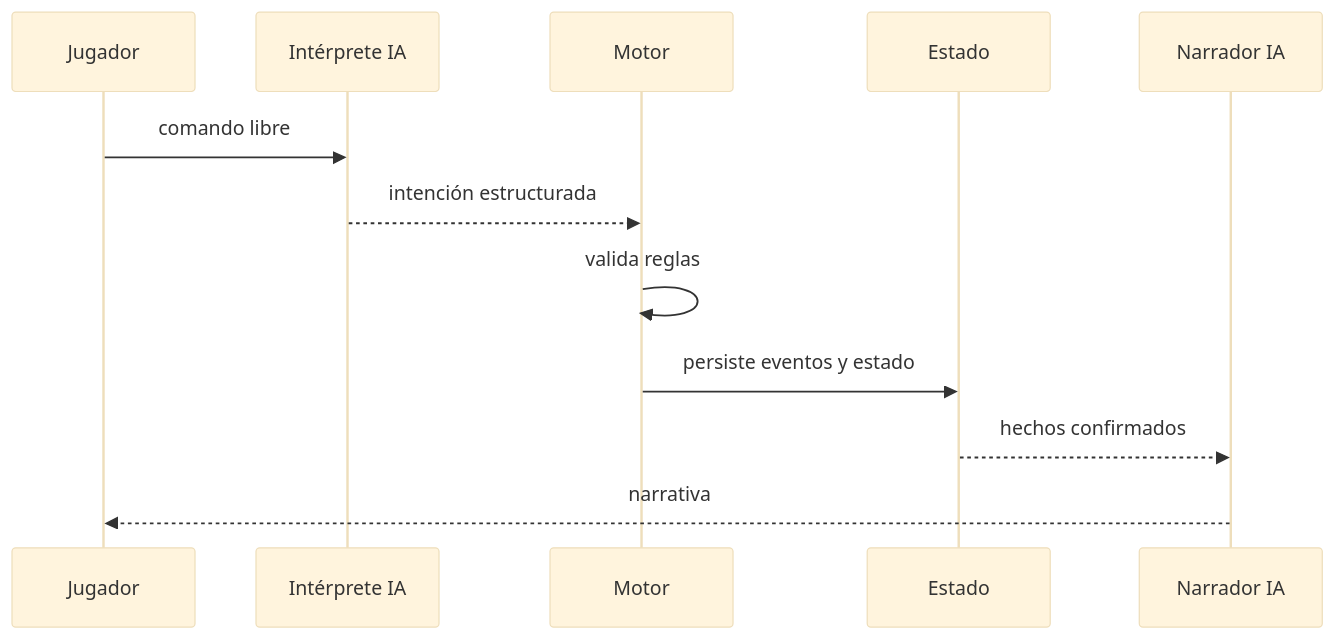
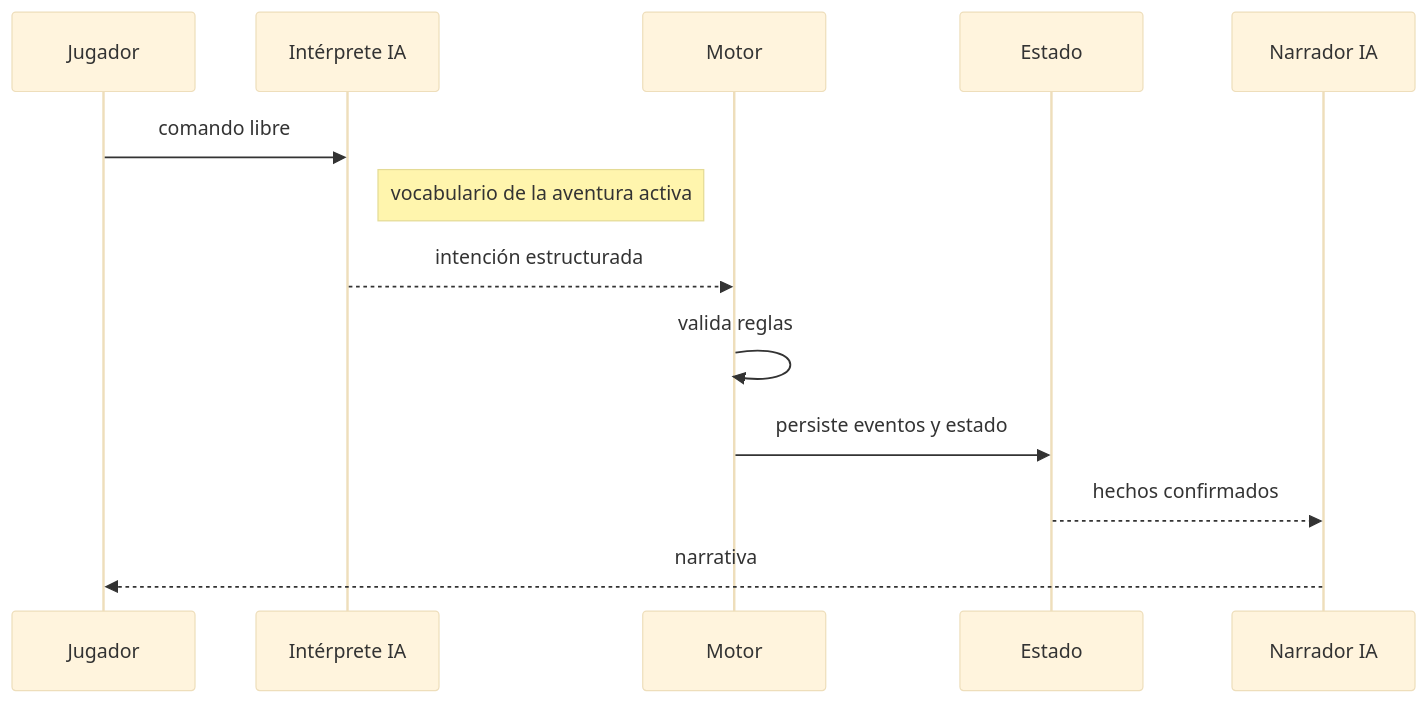
One commit to sparraguerra/ai-spectrum-adventure changed the diagram in docs/technical-talk/resources/05-game-turn.md. Above: the diagram before and after it, drawn with Mermaid (base theme). The commit also changed other lines of this file and 6 other files, not shown here.

````diff
--- a/docs/technical-talk/resources/05-game-turn.md
+++ b/docs/technical-talk/resources/05-game-turn.md
@@ -5,14 +5,15 @@
 ```mermaid
 sequenceDiagram
     participant P as Jugador
     participant I as Intérprete IA
     participant E as Motor
     participant S as Estado
     participant N as Narrador IA
     P->>I: comando libre
+    Note right of I: vocabulario de la aventura activa
     I-->>E: intención estructurada
     E->>E: valida reglas
     E->>S: persiste eventos y estado
     S-->>N: hechos confirmados
     N-->>P: narrativa
 ```
````
